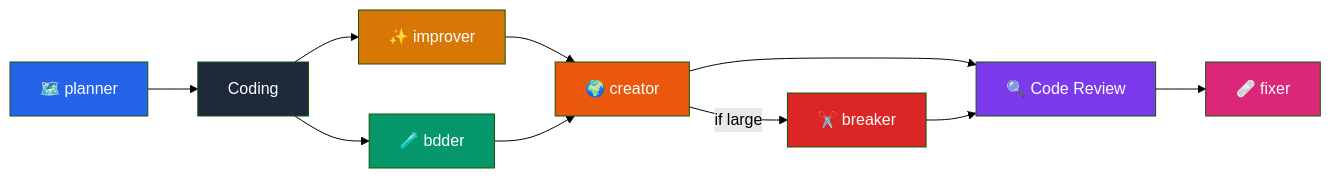
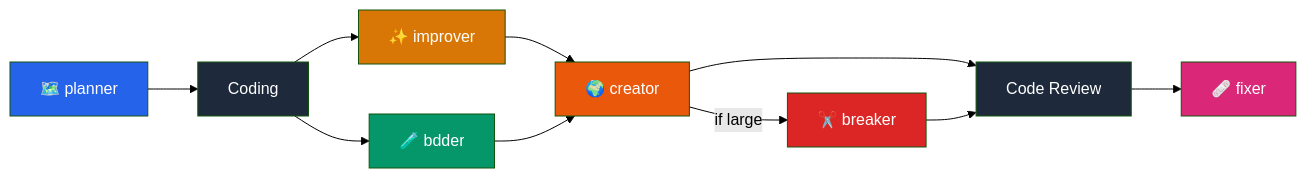
One commit to Victorcorcos/skills changed the diagram in README.md. Above: the diagram before and after it, drawn with Mermaid (forest theme).

Commit message:
Improvement

````diff
--- a/README.md
+++ b/README.md
@@ -35,21 +35,21 @@
 ```mermaid
 flowchart LR
     A[🗺️ planner] --> B[Coding]
     B --> C[✨ improver]
     B --> D[🧪 bdder]
     C --> E[🌍 creator]
     D --> E[🌍 creator]
-    E --> F[🔍 Code Review]
+    E --> F[Code Review]
     E -->|if large| G[✂️ breaker]
     G --> F
     F --> H[🩹 fixer]
 
     style A fill:#2563EB,color:#fff
     style C fill:#D97706,color:#fff
     style D fill:#059669,color:#fff
     style E fill:#EA580C,color:#fff
-    style F fill:#7C3AED,color:#fff
+    style F fill:#1e293b,color:#fff
     style G fill:#DC2626,color:#fff
     style H fill:#DB2777,color:#fff
     style B fill:#1e293b,color:#fff
 ```
````
